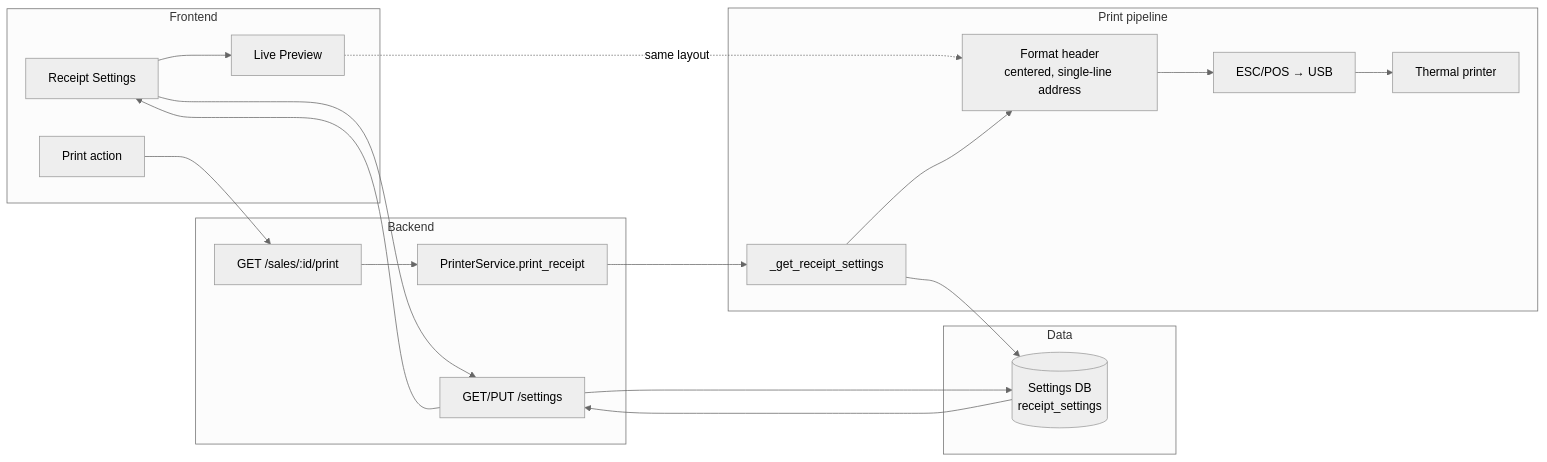
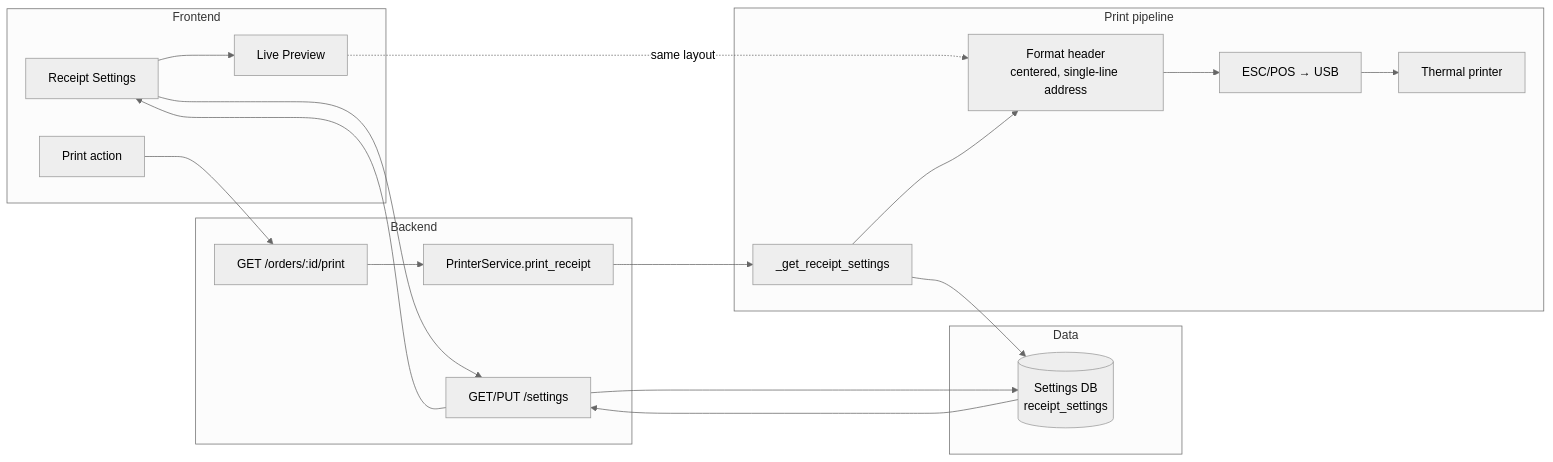
Before and after one commit to nyctosys/restaurant-pos: the diagram in docs/receipt-print-flow.md, drawn with Mermaid (neutral theme). The commit also changed other lines of this file and 32 other files, not shown here.

````diff
--- a/docs/receipt-print-flow.md
+++ b/docs/receipt-print-flow.md
@@ -5,40 +5,40 @@
 ```mermaid
 flowchart LR
   subgraph UI["Frontend"]
     A[Receipt Settings]
     B[Live Preview]
     C[Print action]
   end
 
   subgraph API["Backend"]
     D[GET/PUT /settings]
-    E[GET /sales/:id/print]
+    E[GET /orders/:id/print]
     F[PrinterService.print_receipt]
   end
 
   subgraph Data["Data"]
     G[(Settings DB\nreceipt_settings)]
   end
 
   subgraph Print["Print pipeline"]
     H[_get_receipt_settings]
     I[Format header\ncentered, single-line address]
     J[ESC/POS → USB]
     K[Thermal printer]
   end
 
   A --> D
   D --> G
   G --> D
   D --> A
   A --> B
   B -.->|"same layout"| I
 
   C --> E
   E --> F
   F --> H
   H --> G
   H --> I
   I --> J
   J --> K
 ```
````
